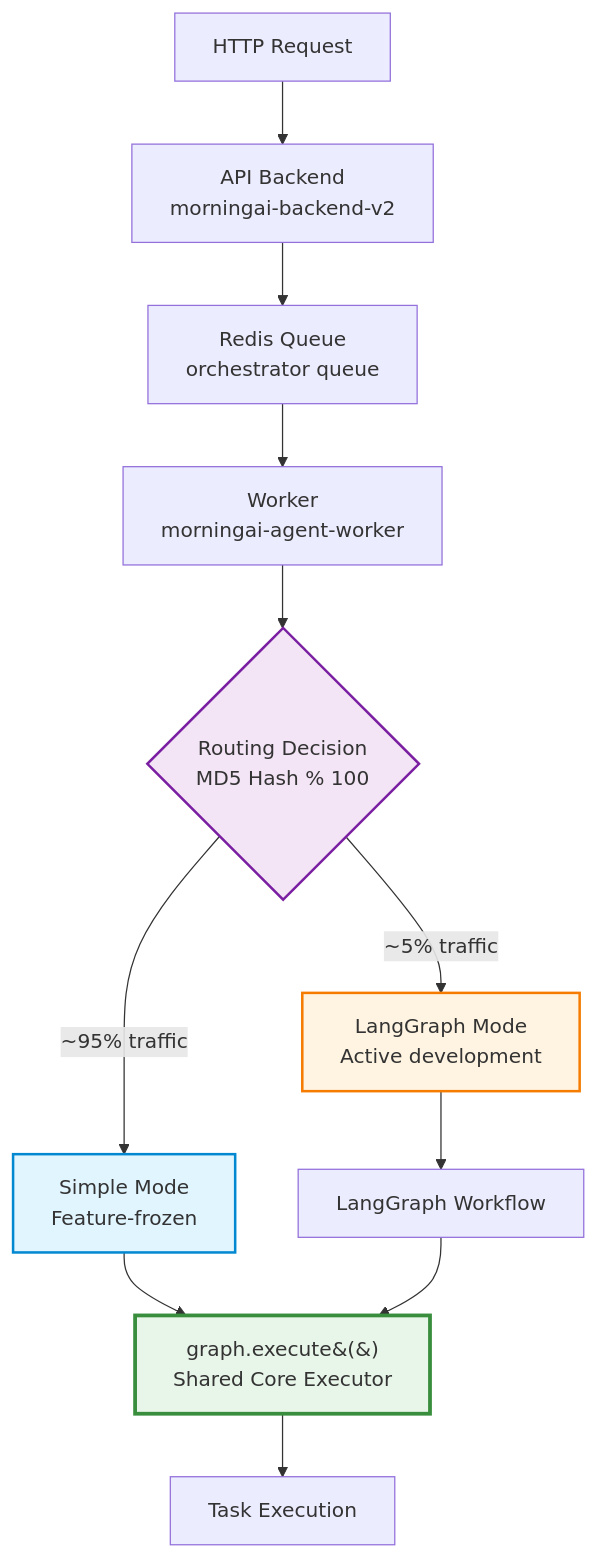
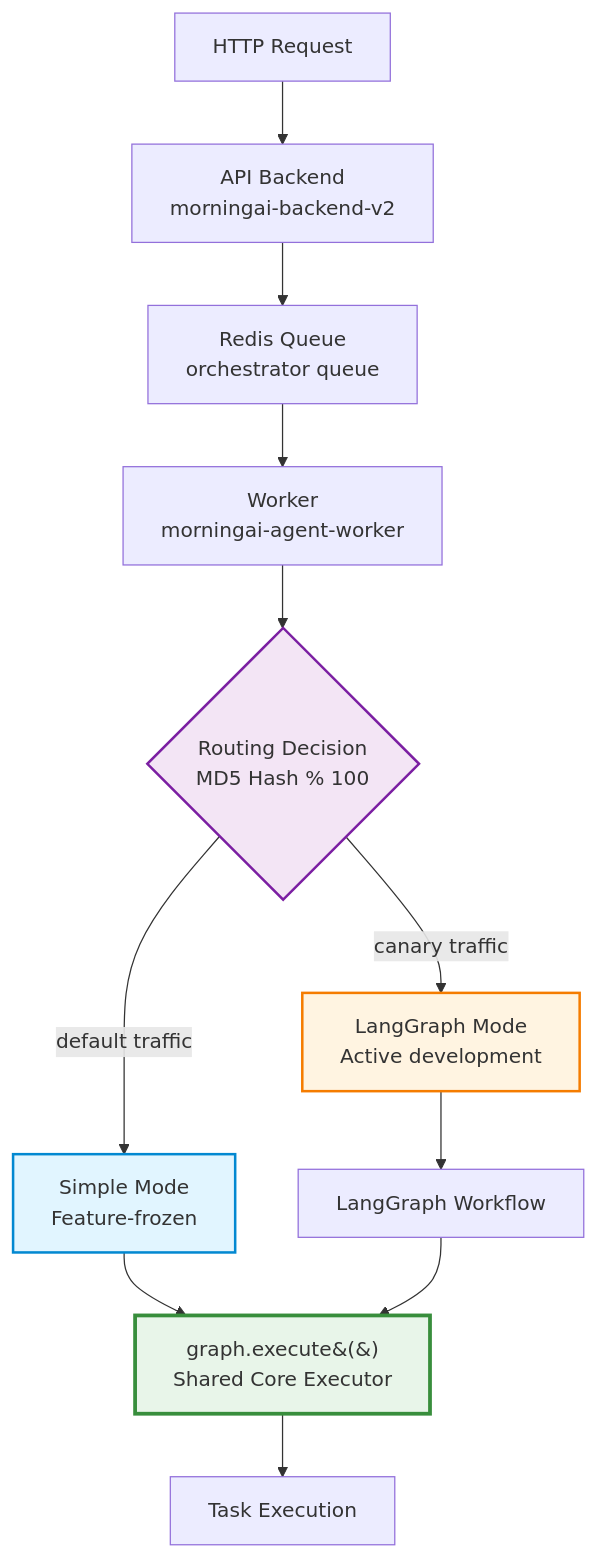
One commit to RC918/morningai changed the diagram in README.md. Above: the diagram before and after it, drawn with Mermaid. The commit also changed other lines of this file and 14 other files, not shown here.

````diff
--- a/README.md
+++ b/README.md
@@ -105,18 +105,18 @@
 ```mermaid
 graph TB
     A[HTTP Request] --> B[API Backend<br/>morningai-backend-v2]
     B --> C[Redis Queue<br/>orchestrator queue]
     C --> D[Worker<br/>morningai-agent-worker]
     D --> E{Routing Decision<br/>MD5 Hash % 100}
-    E -->|"~95% traffic"| F[Simple Mode<br/>Feature-frozen]
-    E -->|"~5% traffic"| G[LangGraph Mode<br/>Active development]
+    E -->|"default traffic"| F[Simple Mode<br/>Feature-frozen]
+    E -->|"canary traffic"| G[LangGraph Mode<br/>Active development]
     F --> H[graph.execute&#40;&#41;<br/>Shared Core Executor]
     G --> I[LangGraph Workflow]
     I --> H
     H --> J[Task Execution]
     
     style F fill:#e1f5ff,stroke:#0288d1,stroke-width:2px
     style G fill:#fff4e1,stroke:#f57c00,stroke-width:2px
     style H fill:#e8f5e9,stroke:#388e3c,stroke-width:3px
     style E fill:#f3e5f5,stroke:#7b1fa2,stroke-width:2px
 ```
````
